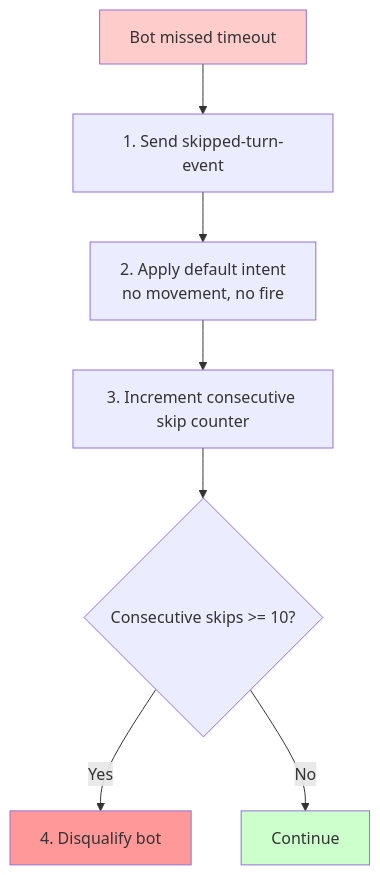
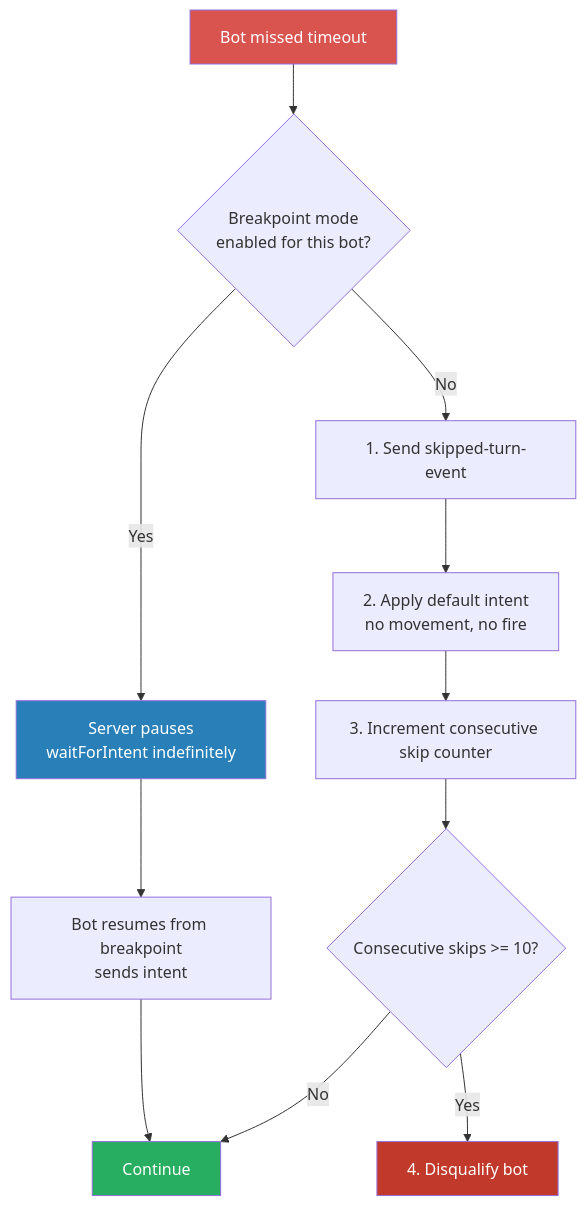
One commit to robocode-dev/tank-royale changed the second of 9 diagrams in docs-internal/architecture/models/flows/turn-execution.md. Above: the diagram before and after it, drawn with Mermaid. The commit also changed other lines of this file and 5 other files, not shown here.

First line of the commit message:
docs(internal): update sequence diagrams for v0.40.x and issue #202 fixes

````diff
--- a/docs-internal/architecture/models/flows/turn-execution.md
+++ b/docs-internal/architecture/models/flows/turn-execution.md
@@ -281,13 +288,18 @@
 ```mermaid
 flowchart TD
-    A[Bot missed timeout] --> B[1. Send skipped-turn-event]
+    A[Bot missed timeout] --> BP{Breakpoint mode<br/>enabled for this bot?}
+    BP -->|Yes| BPW[Server pauses<br/>waitForIntent indefinitely]
+    BPW --> BPR[Bot resumes from breakpoint<br/>sends intent]
+    BPR --> G[Continue]
+    BP -->|No| B[1. Send skipped-turn-event]
     B --> C[2. Apply default intent<br/>no movement, no fire]
     C --> D[3. Increment consecutive skip counter]
     D --> E{Consecutive skips >= 10?}
     E -->|Yes| F[4. Disqualify bot]
     E -->|No| G[Continue]
     
-    style A fill:#FFCCCC
-    style F fill:#FF9999
-    style G fill:#CCFFCC
+    style A fill:#D9534F,color:#fff
+    style F fill:#C0392B,color:#fff
+    style G fill:#27AE60,color:#fff
+    style BPW fill:#2980B9,color:#fff
 ```
````
